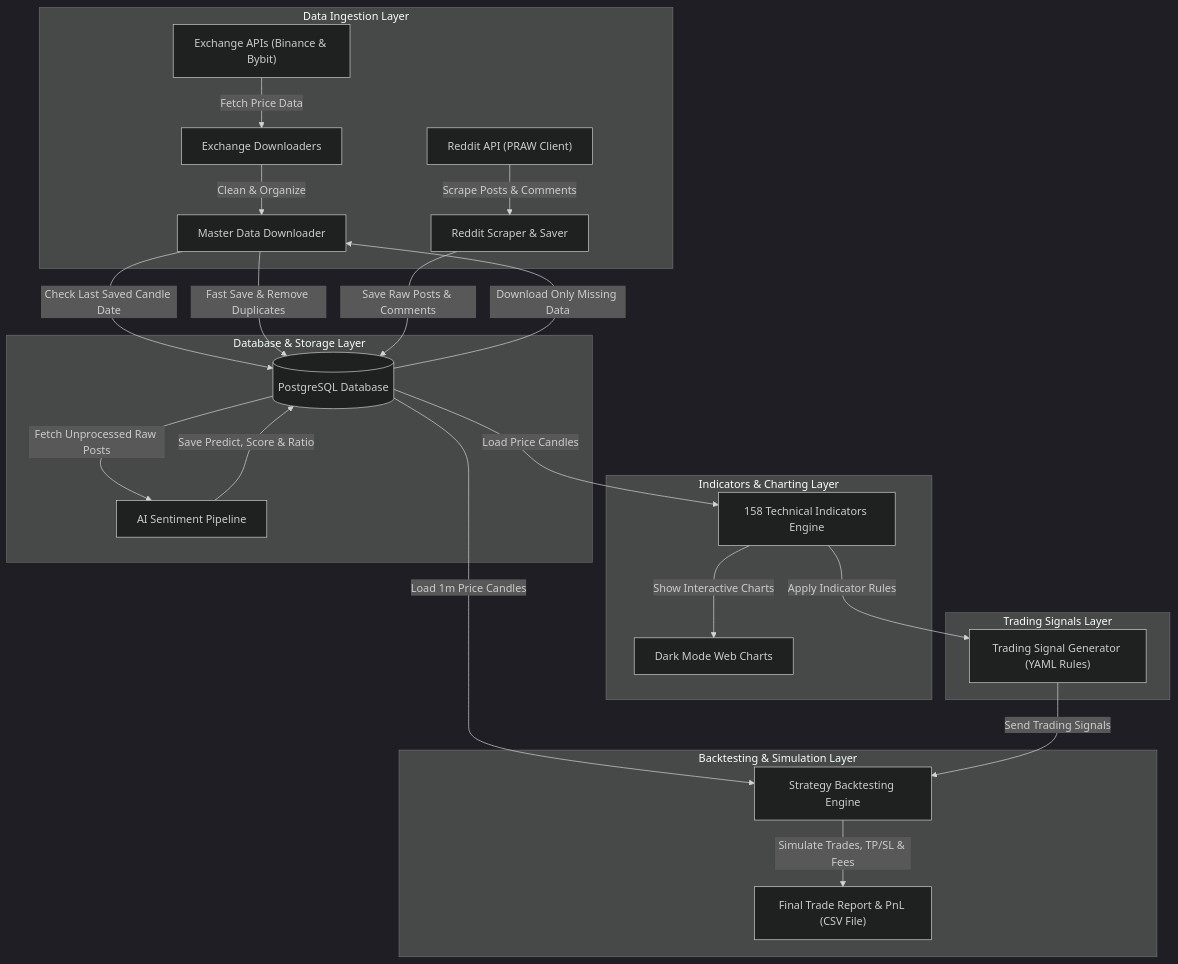
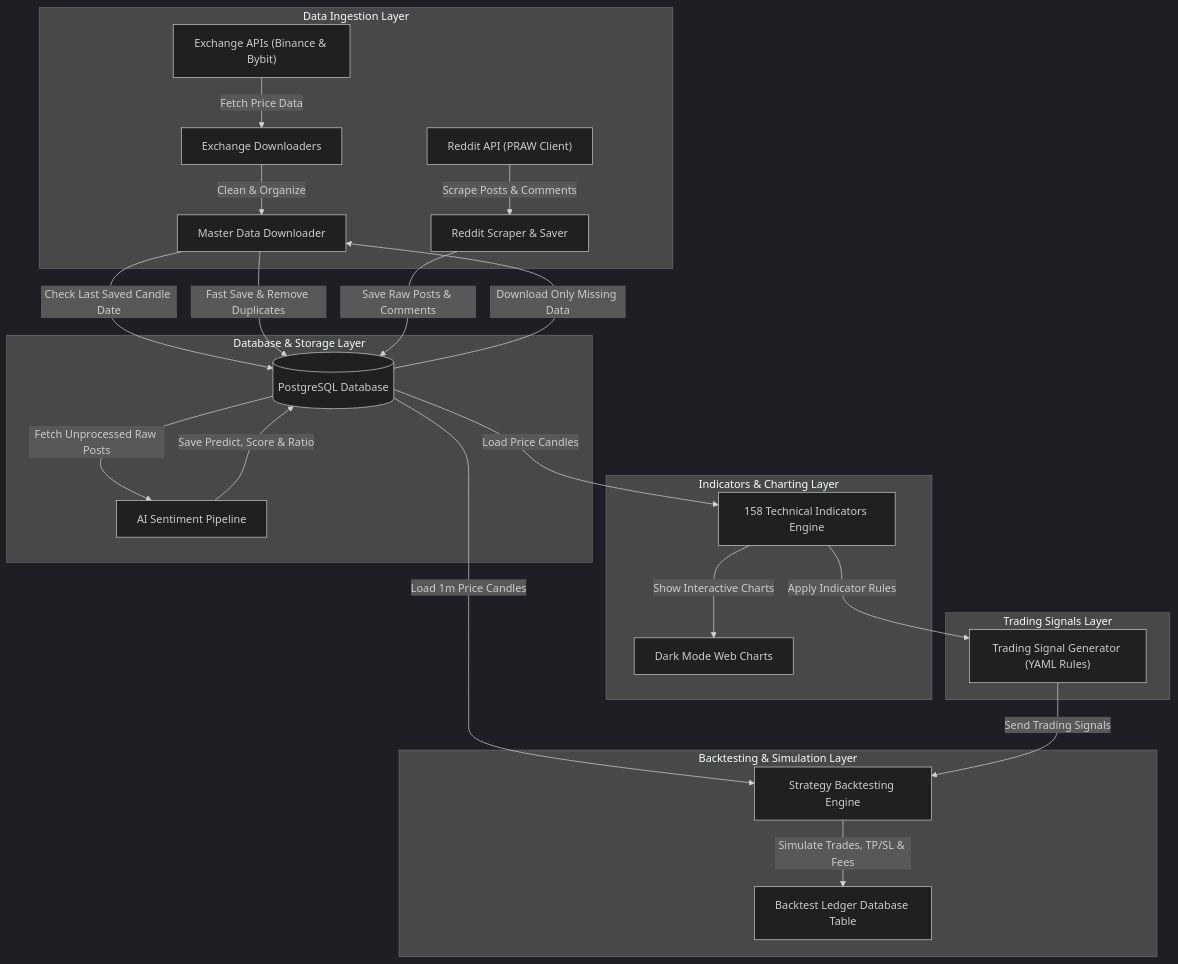
Before and after one commit to 21Afnan/cryptosight: the diagram in README.md, drawn with Mermaid (dark theme). The commit also changed other lines of this file and 9 other files, not shown here.

Commit message:
refact: optimize database schemas, implement dynamic strategy_id, and add backtest metadata tracking

````diff
--- a/README.md
+++ b/README.md
@@ -33,33 +33,33 @@
 ```mermaid
 graph TD
     subgraph Data Ingestion Layer
         API["Exchange APIs (Binance & Bybit)"] -->|Fetch Price Data| Fetcher["Exchange Downloaders"]
         Fetcher -->|Clean & Organize| Facade["Master Data Downloader"]
         Reddit["Reddit API (PRAW Client)"] -->|Scrape Posts & Comments| RedditScraper["Reddit Scraper & Saver"]
     end
 
     subgraph Database & Storage Layer
         Facade -->|Check Last Saved Candle Date| SQL_Check[("PostgreSQL Database")]
         SQL_Check -->|Download Only Missing Data| Facade
         Facade -->|Fast Save & Remove Duplicates| SQL_Check
         
         RedditScraper -->|Save Raw Posts & Comments| SQL_Check
         SQL_Check -->|Fetch Unprocessed Raw Posts| AI_Sentiment["AI Sentiment Pipeline"]
         AI_Sentiment -->|Save Predict, Score & Ratio| SQL_Check
     end
 
     subgraph Indicators & Charting Layer
         SQL_Check -->|Load Price Candles| Engine["158 Technical Indicators Engine"]
         Engine -->|Show Interactive Charts| Dashboard["Dark Mode Web Charts"]
     end
 
     subgraph Trading Signals Layer
         Engine -->|Apply Indicator Rules| Signals["Trading Signal Generator (YAML Rules)"]
     end
 
     subgraph Backtesting & Simulation Layer
         SQL_Check -->|Load 1m Price Candles| Backtester["Strategy Backtesting Engine"]
         Signals -->|Send Trading Signals| Backtester
-        Backtester -->|Simulate Trades, TP/SL & Fees| Ledger["Final Trade Report & PnL (CSV File)"]
+        Backtester -->|Simulate Trades, TP/SL & Fees| Ledger["Backtest Ledger Database Table"]
     end
 ```
````
